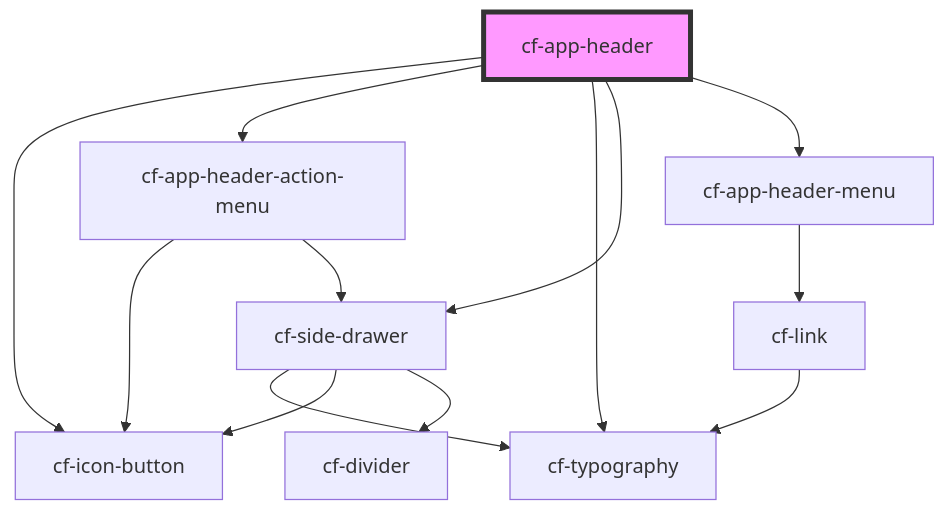
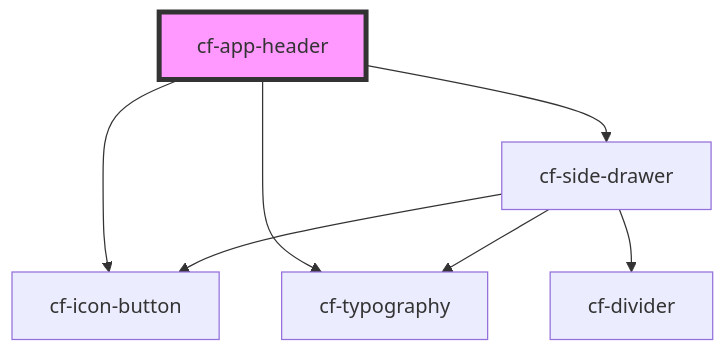
The diagram in src/components/cf-app-header/readme.md (DriLLFreAK100/codefee-component), drawn with Mermaid before and after one commit. The commit also changed other lines of this file and 10 other files, not shown here.

Commit message:
feat(app-header): deconstruct child components

````diff
--- a/src/components/cf-app-header/readme.md
+++ b/src/components/cf-app-header/readme.md
@@ -29,16 +26,10 @@
 ```mermaid
 graph TD;
   cf-app-header --> cf-icon-button
-  cf-app-header --> cf-app-header-action-menu
   cf-app-header --> cf-typography
   cf-app-header --> cf-side-drawer
-  cf-app-header --> cf-app-header-menu
-  cf-app-header-action-menu --> cf-icon-button
-  cf-app-header-action-menu --> cf-side-drawer
   cf-side-drawer --> cf-typography
   cf-side-drawer --> cf-icon-button
   cf-side-drawer --> cf-divider
-  cf-app-header-menu --> cf-link
-  cf-link --> cf-typography
   style cf-app-header fill:#f9f,stroke:#333,stroke-width:4px
 ```
````
